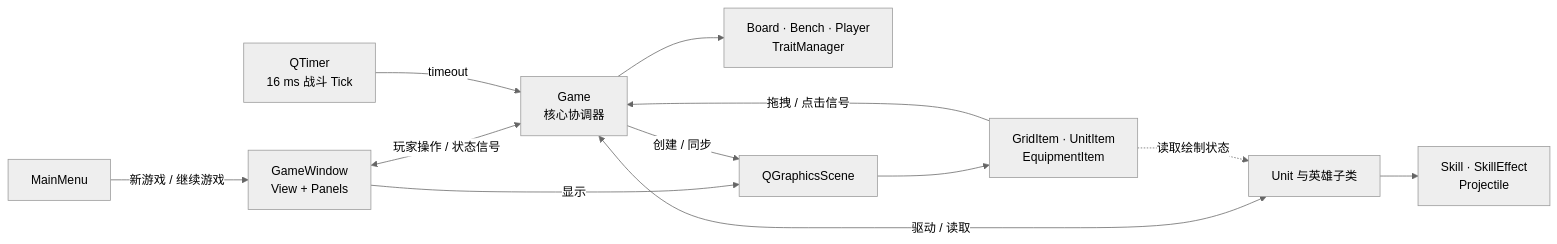
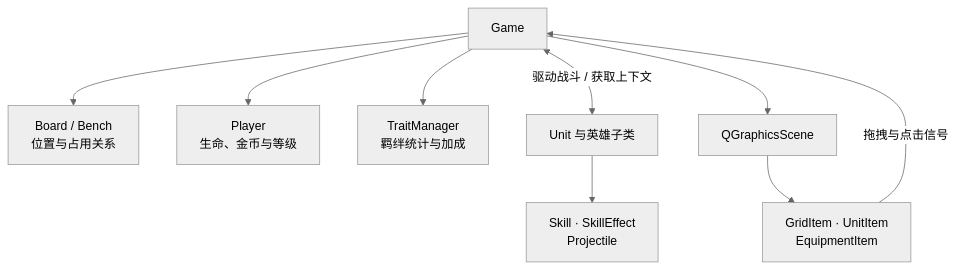
Before and after one commit to luck-lak/Synera--Synergy-Auto-Arena: the third of 4 diagrams in README.md, drawn with Mermaid (neutral theme). The commit also changed other lines of this file, not shown here.

Commit message:
修改了Architecture的结构图，使其更清晰

````diff
--- a/README.md
+++ b/README.md
@@ -178,16 +195,11 @@
 ```mermaid
-flowchart LR
-    Menu["MainMenu"] -->|新游戏 / 继续游戏| UI["GameWindow<br/>View + Panels"]
-    UI <-->|玩家操作 / 状态信号| Game["Game<br/>核心协调器"]
-    Timer["QTimer<br/>16 ms 战斗 Tick"] -->|timeout| Game
-
-    Game --> State["Board · Bench · Player<br/>TraitManager"]
-    Game <-->|驱动 / 读取| Units["Unit 与英雄子类"]
+flowchart TD
+    Game["Game"] --> Board["Board / Bench<br/>位置与占用关系"]
+    Game --> Player["Player<br/>生命、金币与等级"]
+    Game --> Traits["TraitManager<br/>羁绊统计与加成"]
+    Game <-->|驱动战斗 / 获取上下文| Units["Unit 与英雄子类"]
     Units --> Combat["Skill · SkillEffect<br/>Projectile"]
-
-    UI -->|显示| Scene["QGraphicsScene"]
-    Game -->|创建 / 同步| Scene
+    Game --> Scene["QGraphicsScene"]
     Scene --> Items["GridItem · UnitItem<br/>EquipmentItem"]
-    Items -->|拖拽 / 点击信号| Game
-    Items -. 读取绘制状态 .-> Units
+    Items -->|拖拽与点击信号| Game
 ```
````
